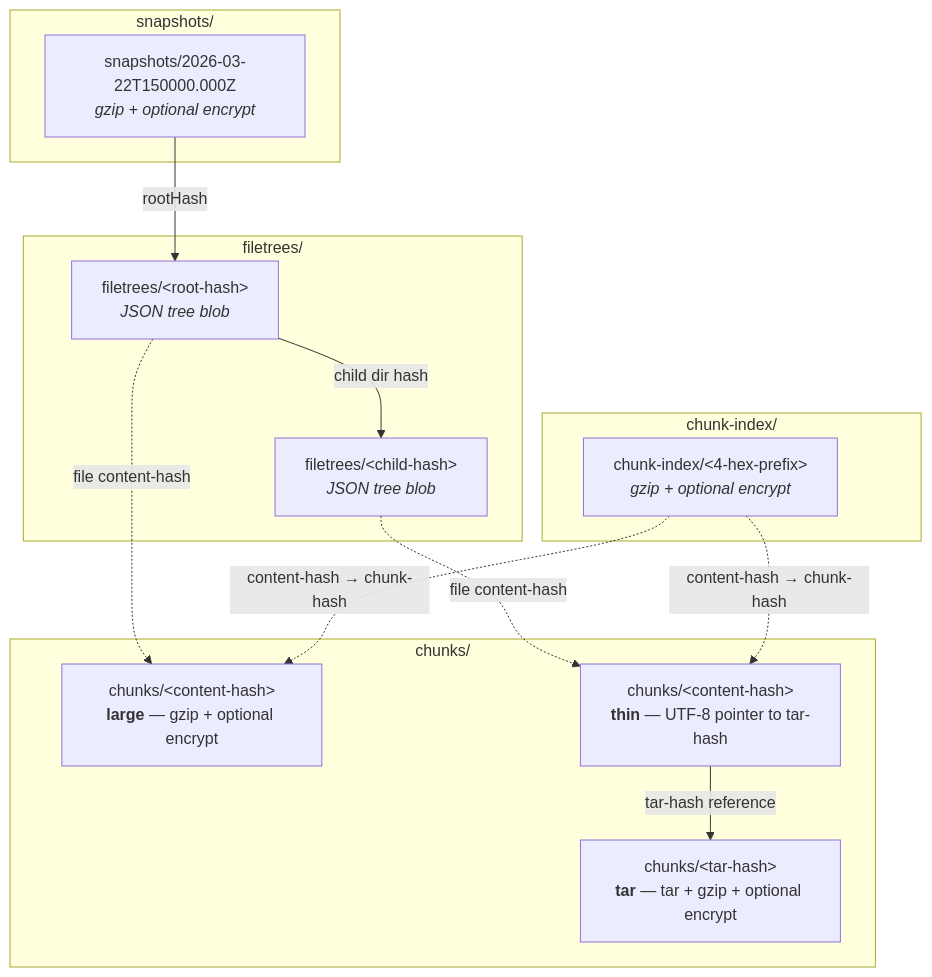
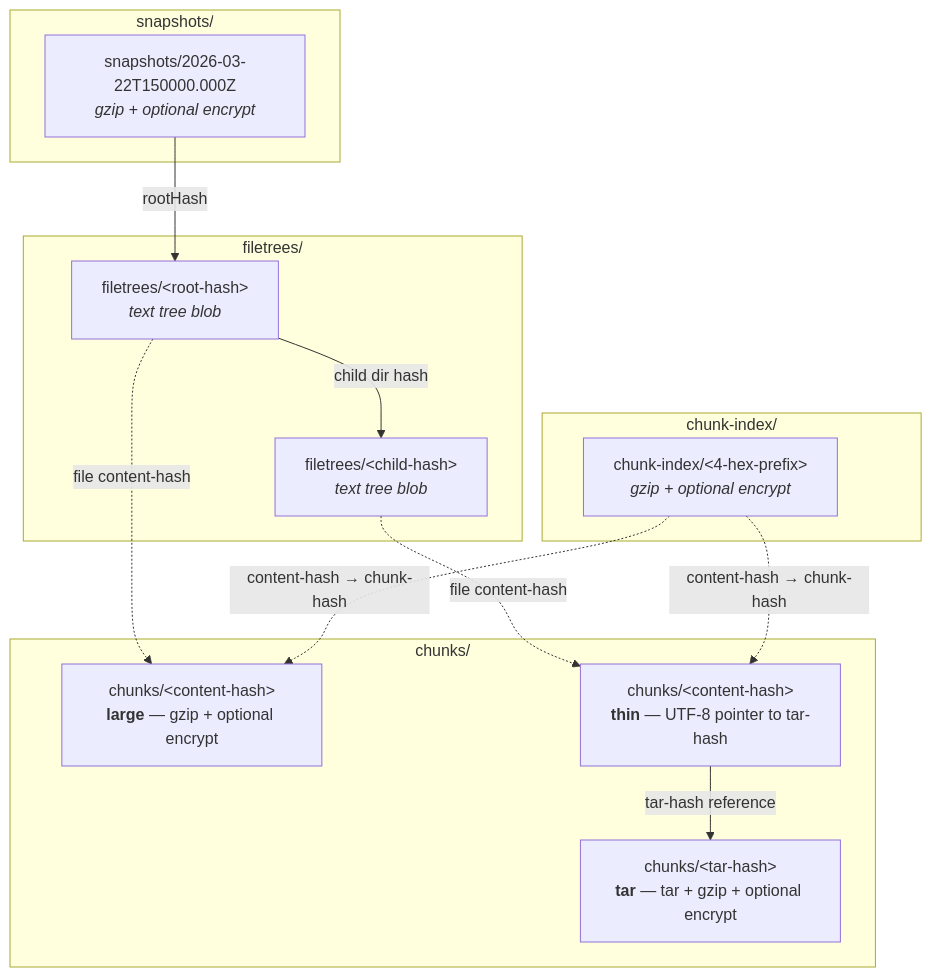
One commit to woutervanranst/Arius7 changed the diagram in README.md. Above: the diagram before and after it, drawn with Mermaid. The commit also changed other lines of this file and 7 other files, not shown here.

````diff
--- a/README.md
+++ b/README.md
@@ -107,29 +107,29 @@
 ```mermaid
 flowchart TD
     subgraph snapshots/
         S["snapshots/2026-03-22T150000.000Z<br/><i>gzip + optional encrypt</i>"]
     end
 
     subgraph filetrees/
-        RT["filetrees/&lt;root-hash&gt;<br/><i>JSON tree blob</i>"]
-        CT["filetrees/&lt;child-hash&gt;<br/><i>JSON tree blob</i>"]
+        RT["filetrees/&lt;root-hash&gt;<br/><i>text tree blob</i>"]
+        CT["filetrees/&lt;child-hash&gt;<br/><i>text tree blob</i>"]
     end
 
     subgraph chunks/
         L["chunks/&lt;content-hash&gt;<br/><b>large</b> — gzip + optional encrypt"]
         TAR["chunks/&lt;tar-hash&gt;<br/><b>tar</b> — tar + gzip + optional encrypt"]
         TH["chunks/&lt;content-hash&gt;<br/><b>thin</b> — UTF-8 pointer to tar-hash"]
     end
 
     subgraph chunk-index/
         CI["chunk-index/&lt;4-hex-prefix&gt;<br/><i>gzip + optional encrypt</i>"]
     end
 
     S -- "rootHash" --> RT
     RT -- "child dir hash" --> CT
     RT -. "file content-hash" .-> L
     CT -. "file content-hash" .-> TH
     TH -- "tar-hash reference" --> TAR
     CI -. "content-hash → chunk-hash" .-> L
     CI -. "content-hash → chunk-hash" .-> TH
 ```
````
